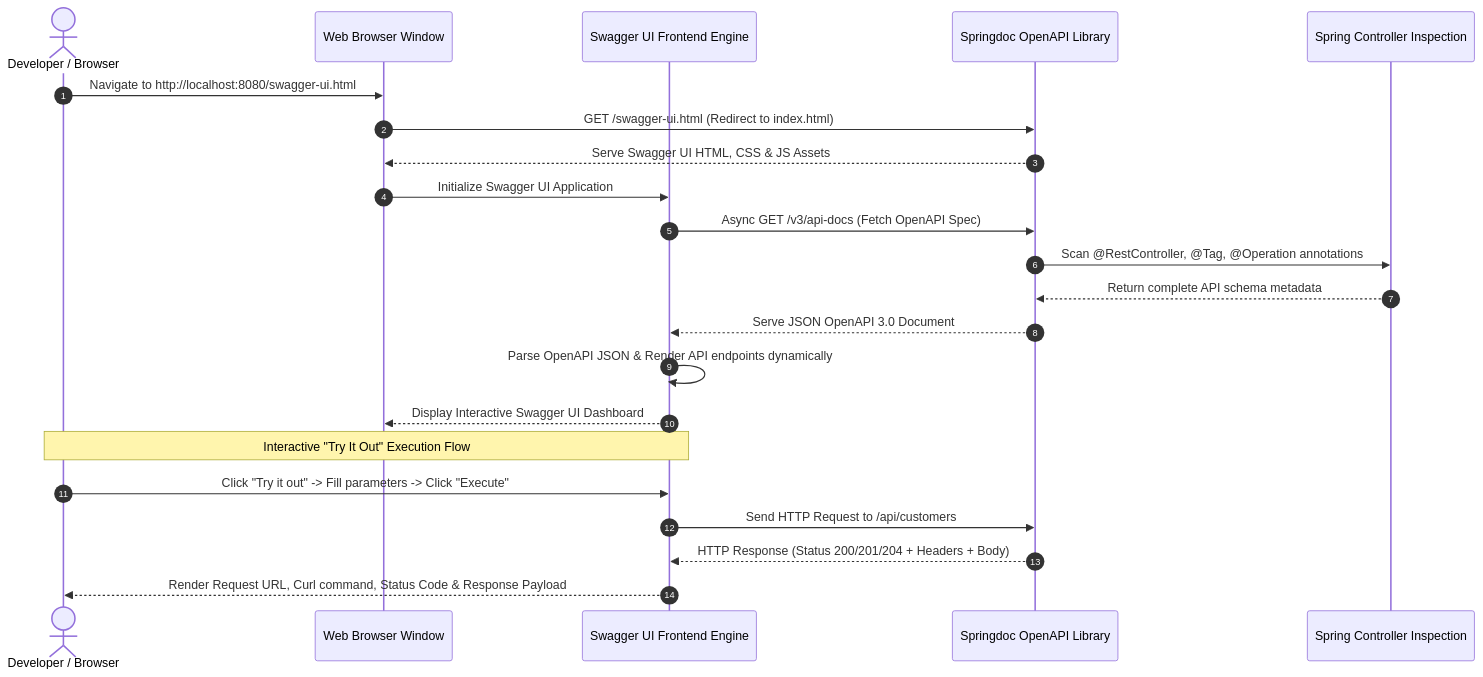
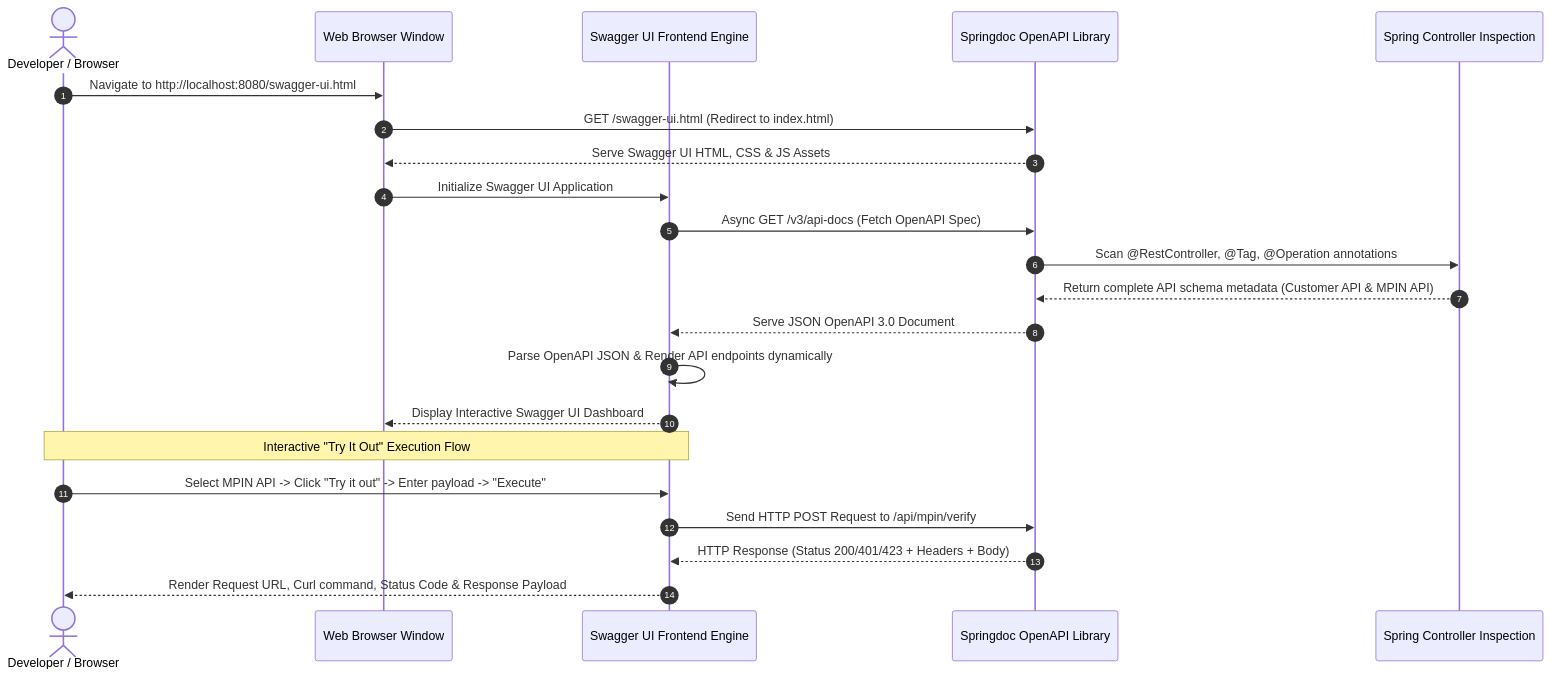
One commit to PiyushBhadane55/Create-and-Test-API-with-Swagger changed the third of 4 diagrams in api_server/SEQUENCE_DIAGRAMS.md. Above: the diagram before and after it, drawn with Mermaid. The commit also changed other lines of this file and 41 other files, not shown here.

````diff
--- a/api_server/SEQUENCE_DIAGRAMS.md
+++ b/api_server/SEQUENCE_DIAGRAMS.md
@@ -101,26 +169,26 @@
 ```mermaid
 sequenceDiagram
     autonumber
     actor Developer as Developer / Browser
     participant Browser as Web Browser Window
     participant UI as Swagger UI Frontend Engine
     participant Springdoc as Springdoc OpenAPI Library
     participant Reflection as Spring Controller Inspection
 
     Developer->>Browser: Navigate to http://localhost:8080/swagger-ui.html
     Browser->>Springdoc: GET /swagger-ui.html (Redirect to index.html)
     Springdoc-->>Browser: Serve Swagger UI HTML, CSS & JS Assets
     Browser->>UI: Initialize Swagger UI Application
     UI->>Springdoc: Async GET /v3/api-docs (Fetch OpenAPI Spec)
     Springdoc->>Reflection: Scan @RestController, @Tag, @Operation annotations
-    Reflection-->>Springdoc: Return complete API schema metadata
+    Reflection-->>Springdoc: Return complete API schema metadata (Customer API & MPIN API)
     Springdoc-->>UI: Serve JSON OpenAPI 3.0 Document
     UI->>UI: Parse OpenAPI JSON & Render API endpoints dynamically
     UI-->>Browser: Display Interactive Swagger UI Dashboard
 
     note over Developer, UI: Interactive "Try It Out" Execution Flow
-    Developer->>UI: Click "Try it out" -> Fill parameters -> Click "Execute"
-    UI->>Springdoc: Send HTTP Request to /api/customers
-    Springdoc-->>UI: HTTP Response (Status 200/201/204 + Headers + Body)
+    Developer->>UI: Select MPIN API -> Click "Try it out" -> Enter payload -> "Execute"
+    UI->>Springdoc: Send HTTP POST Request to /api/mpin/verify
+    Springdoc-->>UI: HTTP Response (Status 200/401/423 + Headers + Body)
     UI-->>Developer: Render Request URL, Curl command, Status Code & Response Payload
 ```
````
